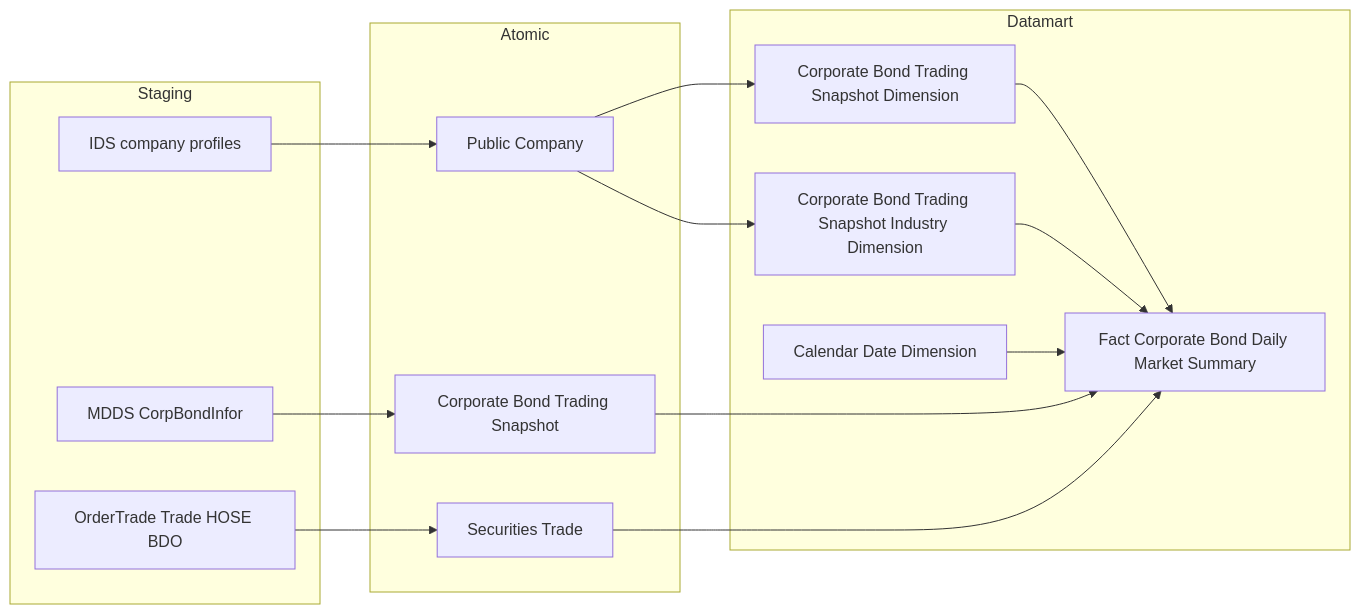
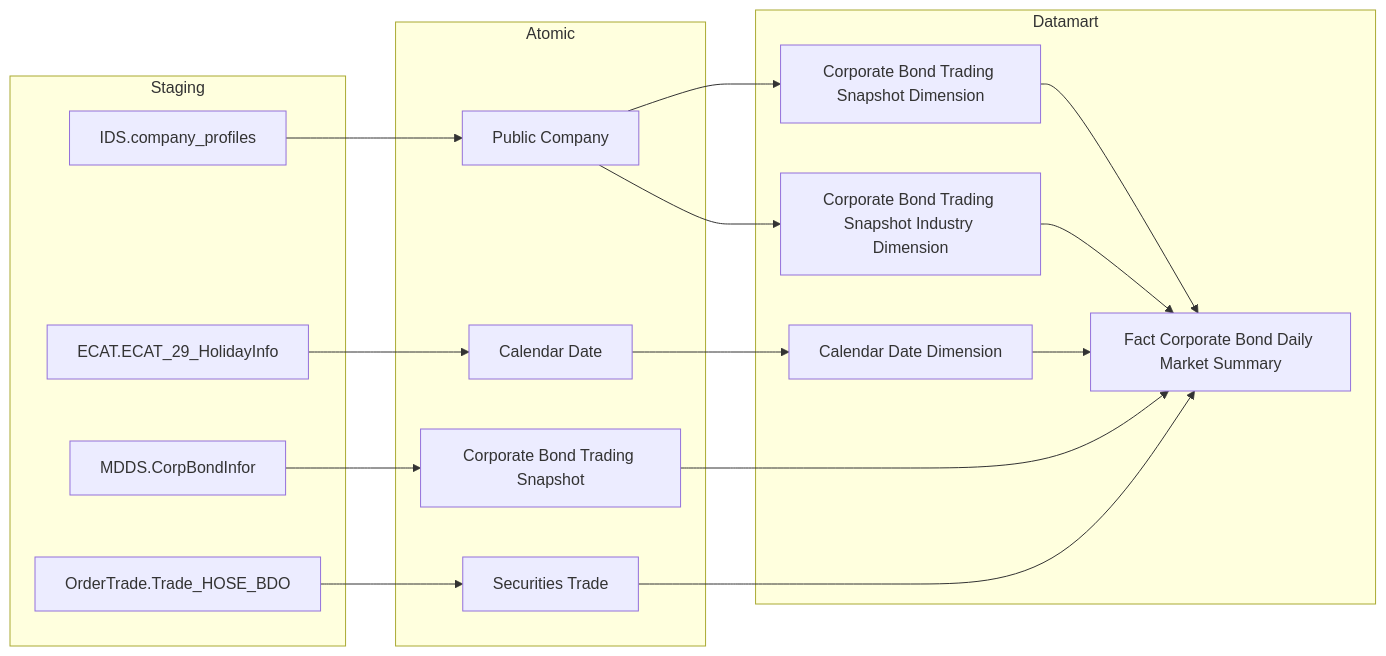
One commit to linhlvit/ubck_atomic_design changed the second of 16 diagrams in Datamart/hld/DTM_GSTT_HLD.md. Above: the diagram before and after it, drawn with Mermaid. The commit also changed other lines of this file and 1 other file, not shown here.

````diff
--- a/Datamart/hld/DTM_GSTT_HLD.md
+++ b/Datamart/hld/DTM_GSTT_HLD.md
@@ -59,29 +63,33 @@
 ```mermaid
 flowchart LR
     subgraph SRC["Staging"]
-        S2A["MDDS CorpBondInfor"]
-        S2B["OrderTrade Trade HOSE BDO"]
-        S2C["IDS company profiles"]
+        S2A["MDDS.CorpBondInfor"]
+        S2B["OrderTrade.Trade_HOSE_BDO"]
+        S2C["IDS.company_profiles"]
+        S2D["ECAT.ECAT_29_HolidayInfo"]
     end
     subgraph SIL["Atomic"]
         A2A["Corporate Bond Trading Snapshot"]
         A2B["Securities Trade"]
         A2C["Public Company"]
+        A2D["Calendar Date"]
     end
     subgraph GOLD["Datamart"]
-        D3["Corporate Bond Trading Snapshot Dimension"]
-        D4["Corporate Bond Trading Snapshot Industry Dimension"]
-        D5["Calendar Date Dimension"]
-        F2["Fact Corporate Bond Daily Market Summary"]
-        D3 --> F2
-        D4 --> F2
-        D5 --> F2
+        crp_bnd_tdg_snpst_dim["Corporate Bond Trading Snapshot Dimension"]
+        crp_bnd_tdg_snpst_idy_dim["Corporate Bond Trading Snapshot Industry Dimension"]
+        cdr_dt_dim["Calendar Date Dimension"]
+        fct_crp_bnd_dly_mkt_smry["Fact Corporate Bond Daily Market Summary"]
+        crp_bnd_tdg_snpst_dim --> fct_crp_bnd_dly_mkt_smry
+        crp_bnd_tdg_snpst_idy_dim --> fct_crp_bnd_dly_mkt_smry
+        cdr_dt_dim --> fct_crp_bnd_dly_mkt_smry
     end
     S2A --> A2A
     S2B --> A2B
     S2C --> A2C
-    A2A --> F2
-    A2B --> F2
-    A2C --> D3
-    A2C --> D4
+    S2D --> A2D
+    A2A --> fct_crp_bnd_dly_mkt_smry
+    A2B --> fct_crp_bnd_dly_mkt_smry
+    A2C --> crp_bnd_tdg_snpst_dim
+    A2C --> crp_bnd_tdg_snpst_idy_dim
+    A2D --> cdr_dt_dim
 ```
````
